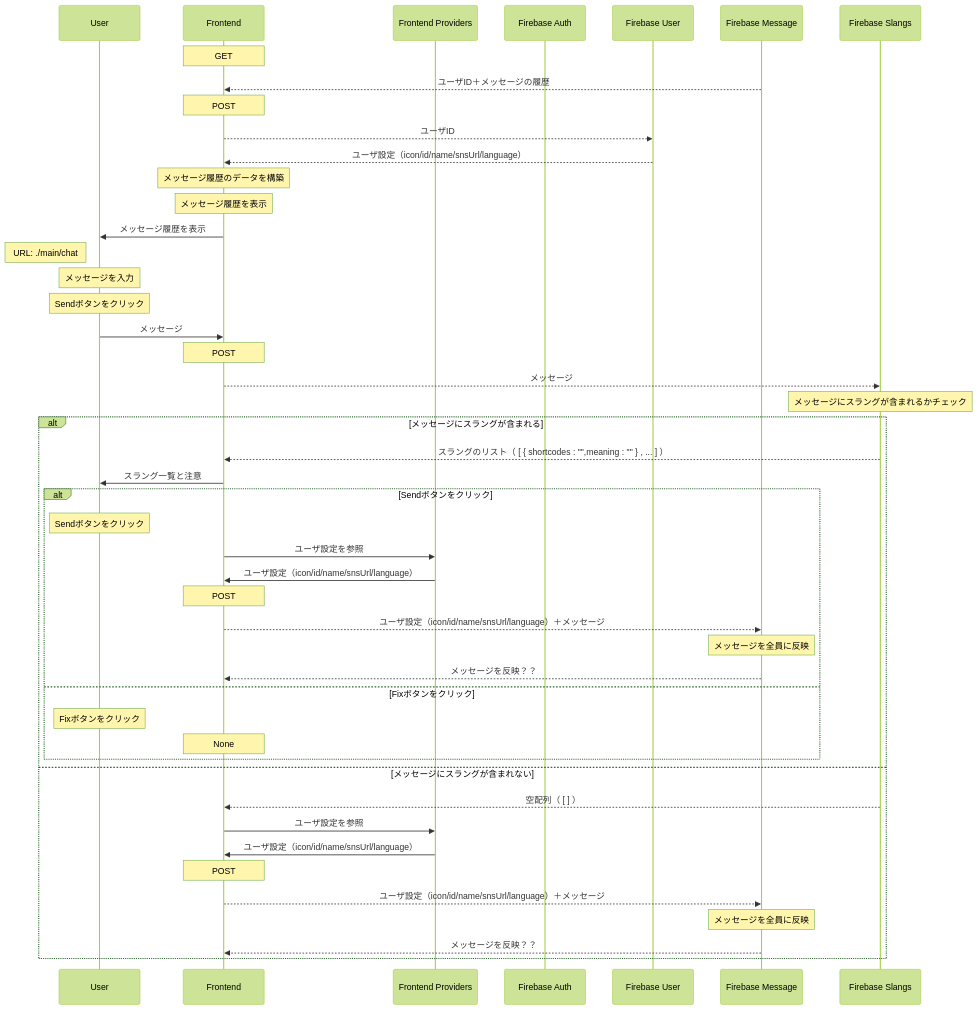
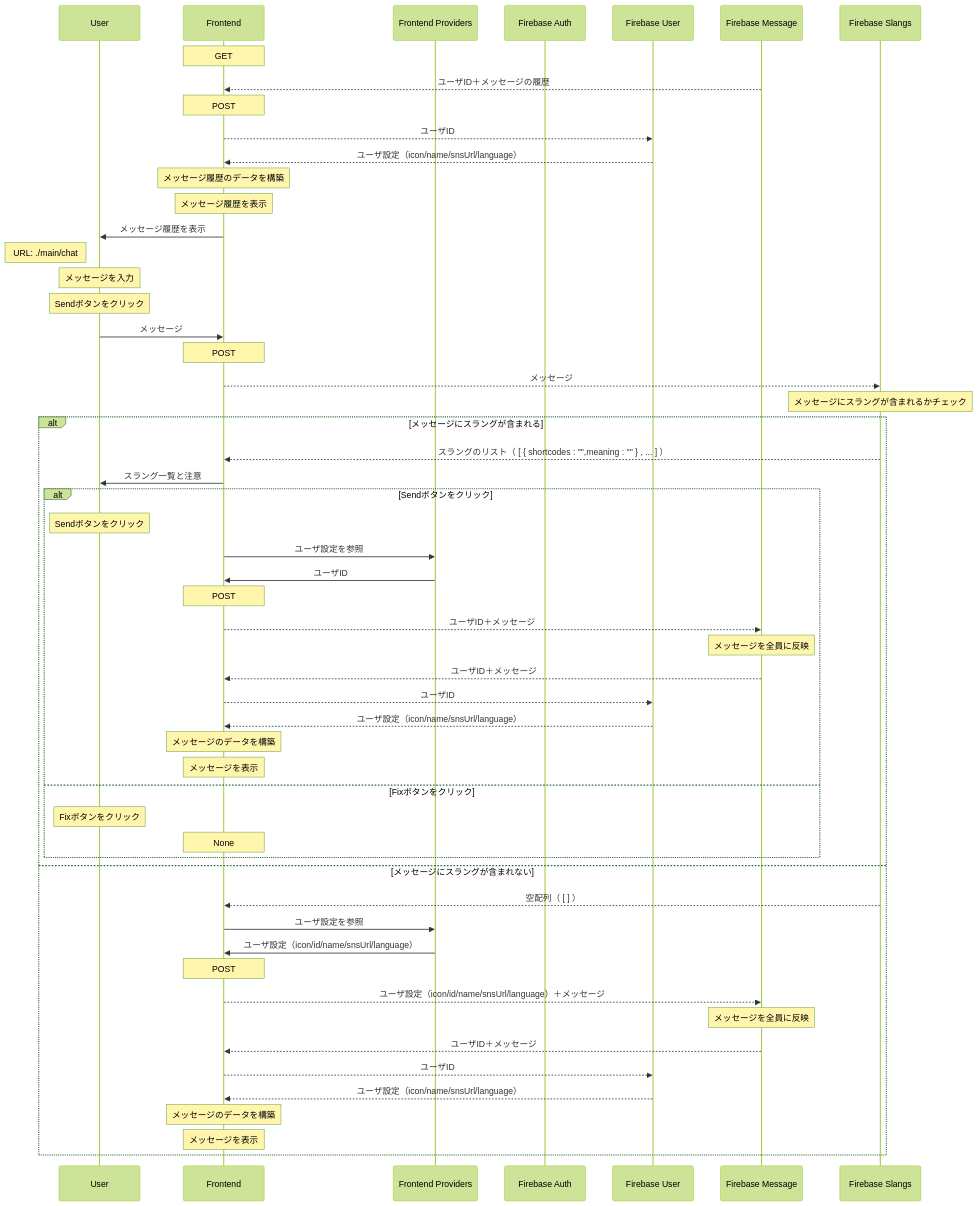
One commit to hirafish/emocha changed the second of 3 diagrams in frontend/README.md. Above: the diagram before and after it, drawn with Mermaid (forest theme). The commit also changed other lines of this file, not shown here.

Commit message:
フロントエンドのREADMEを修正

````diff
--- a/frontend/README.md
+++ b/frontend/README.md
@@ -107,62 +108,70 @@
 ```mermaid
 sequenceDiagram
 
 participant User
 participant Frontend
 participant Frontend Providers
 participant Firebase Auth
 participant Firebase User
 participant Firebase Message
 participant Firebase Slangs
 
 Note over Frontend: GET
 Firebase Message -->> Frontend: ユーザID＋メッセージの履歴
 Note over Frontend: POST
 Frontend -->> Firebase User: ユーザID
-Firebase User -->> Frontend: ユーザ設定（icon/id/name/snsUrl/language）
+Firebase User -->> Frontend: ユーザ設定（icon/name/snsUrl/language）
 Note over Frontend: メッセージ履歴のデータを構築
 Note over Frontend: メッセージ履歴を表示
 Frontend ->> User: メッセージ履歴を表示
 Note left of User: URL: ./main/chat
 
 Note over User: メッセージを入力
 Note over User: Sendボタンをクリック
 User ->> Frontend: メッセージ
 
 Note over Frontend: POST
 Frontend -->> Firebase Slangs: メッセージ
 Note over Firebase Slangs: メッセージにスラングが含まれるかチェック
 
 alt メッセージにスラングが含まれる
     Firebase Slangs -->> Frontend: スラングのリスト（ [ { shortcodes : "",meaning : "" } , ... ] ）
     Frontend ->> User: スラング一覧と注意
 
     alt Sendボタンをクリック
         Note over User: Sendボタンをクリック
 
         Frontend ->> Frontend Providers: ユーザ設定を参照
-        Frontend Providers ->> Frontend: ユーザ設定（icon/id/name/snsUrl/language）
+        Frontend Providers ->> Frontend: ユーザID
 
         Note over Frontend: POST
-        Frontend -->> Firebase Message: ユーザ設定（icon/id/name/snsUrl/language）＋メッセージ
+        Frontend -->> Firebase Message: ユーザID＋メッセージ
         Note over Firebase Message: メッセージを全員に反映
-        Firebase Message -->> Frontend: メッセージを反映？？
+        Firebase Message -->> Frontend: ユーザID＋メッセージ
+        Frontend -->> Firebase User: ユーザID
+        Firebase User -->> Frontend: ユーザ設定（icon/name/snsUrl/language）
+        Note over Frontend: メッセージのデータを構築
+        Note over Frontend: メッセージを表示
 
     else Fixボタンをクリック
         Note over User: Fixボタンをクリック
         Note over Frontend: None
     end
 
 else メッセージにスラングが含まれない
     Firebase Slangs -->> Frontend: 空配列（ [ ] ）
 
     Frontend ->> Frontend Providers: ユーザ設定を参照
     Frontend Providers ->> Frontend: ユーザ設定（icon/id/name/snsUrl/language）
 
     Note over Frontend: POST
     Frontend -->> Firebase Message: ユーザ設定（icon/id/name/snsUrl/language）＋メッセージ
     Note over Firebase Message: メッセージを全員に反映
-    Firebase Message -->> Frontend: メッセージを反映？？
+    Firebase Message -->> Frontend: ユーザID＋メッセージ
+    Frontend -->> Firebase User: ユーザID
+    Firebase User -->> Frontend: ユーザ設定（icon/name/snsUrl/language）
+    Note over Frontend: メッセージのデータを構築
+    Note over Frontend: メッセージを表示
 
 end
 ```
````
